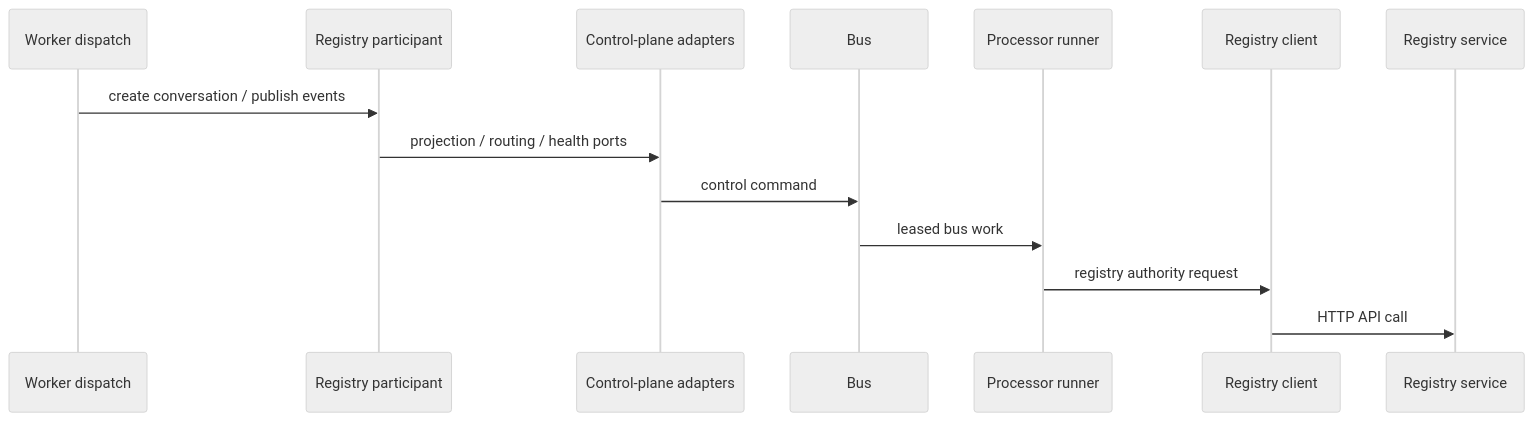
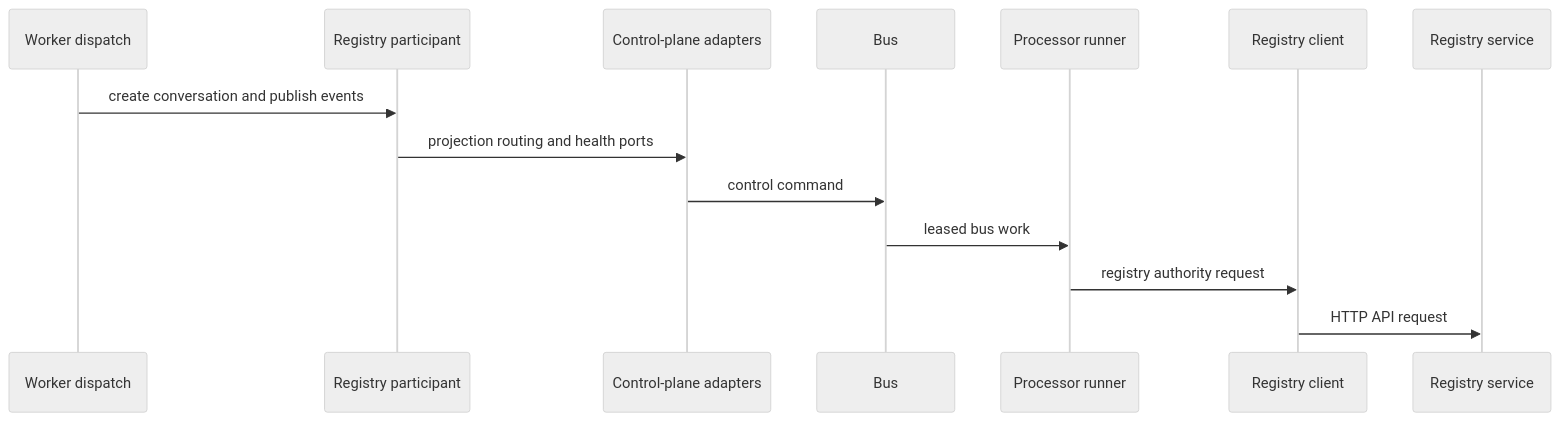
Before and after one commit to privacynow/octopus: the seventh of 8 diagrams in ARCHITECTURE.md, drawn with Mermaid (neutral theme). The commit also changed other lines of this file, not shown here.

Commit message:
Fix architecture diagrams

````diff
--- a/ARCHITECTURE.md
+++ b/ARCHITECTURE.md
@@ -550,17 +569,17 @@
 ```mermaid
 sequenceDiagram
     participant WD as Worker dispatch
     participant RP as Registry participant
     participant CP as Control-plane adapters
     participant B as Bus
     participant PR as Processor runner
     participant C as Registry client
     participant R as Registry service
 
-    WD->>RP: create conversation / publish events
-    RP->>CP: projection / routing / health ports
+    WD->>RP: create conversation and publish events
+    RP->>CP: projection routing and health ports
     CP->>B: control command
     B->>PR: leased bus work
     PR->>C: registry authority request
-    C->>R: HTTP API call
+    C->>R: HTTP API request
 ```
````
